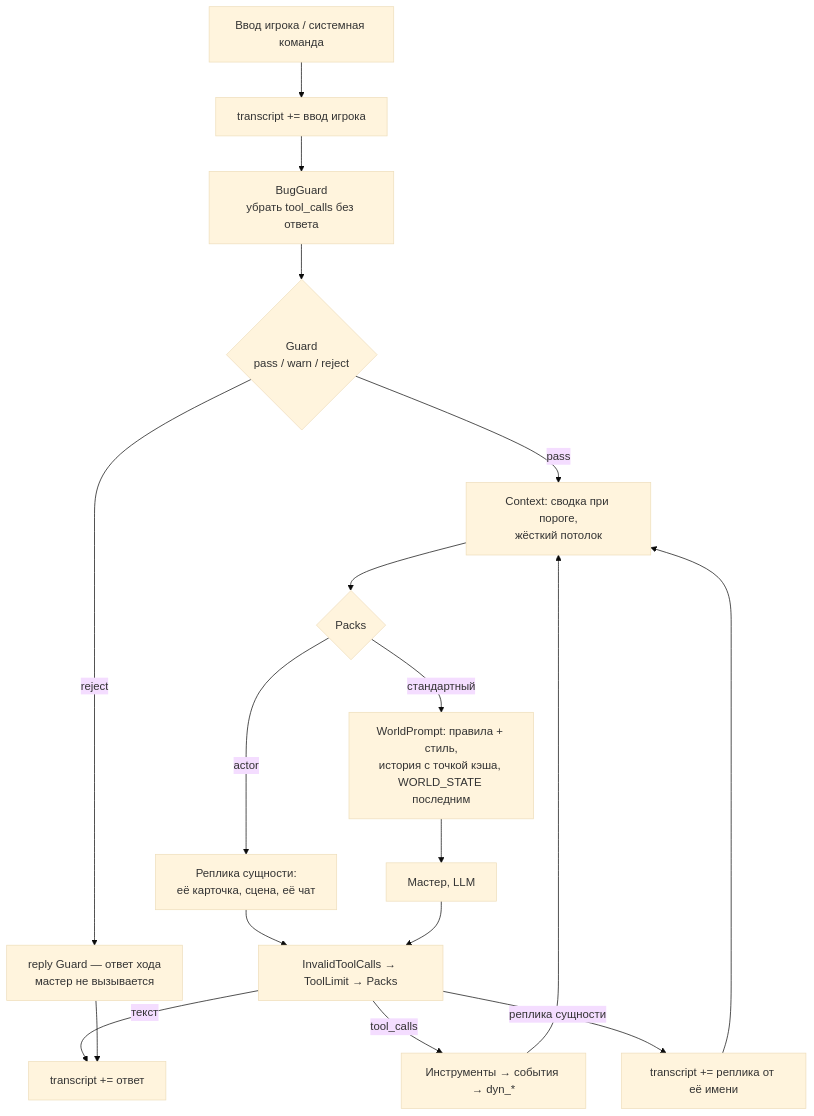
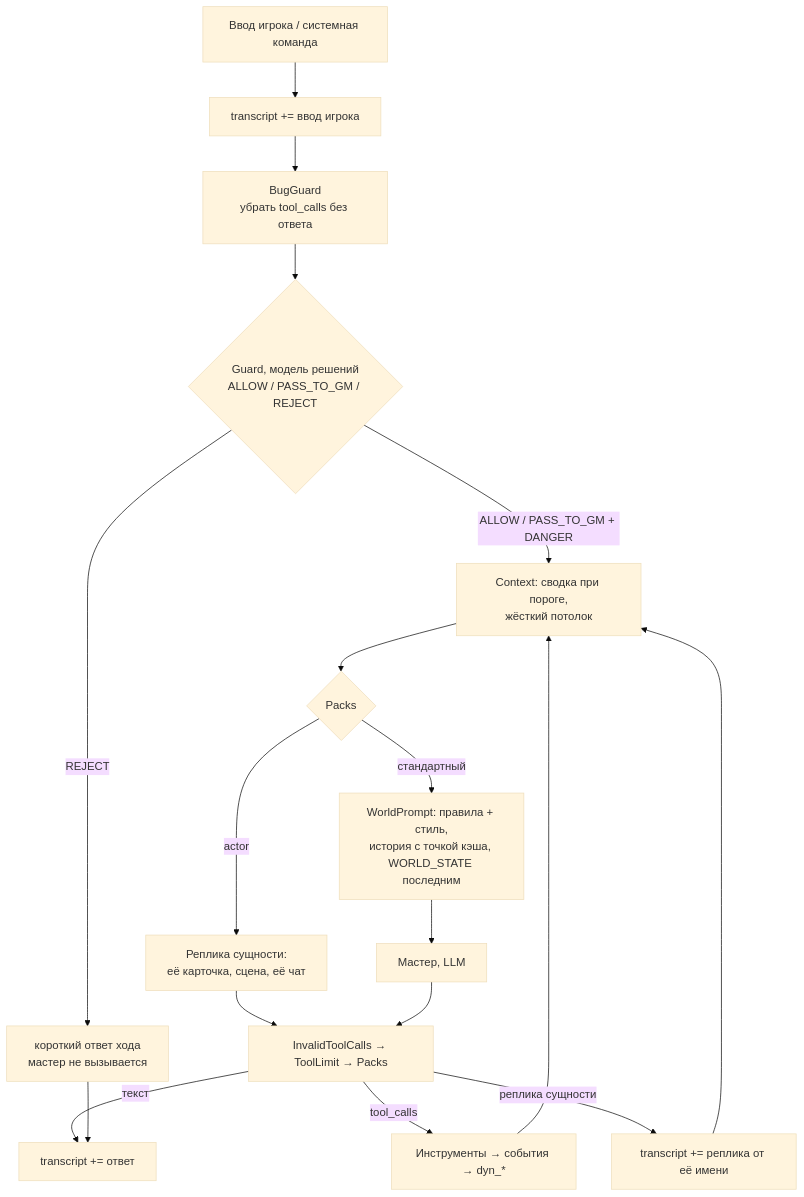
The first of 2 diagrams in docs/architecture/agent.md (Bataevk/QuipQuill), drawn with Mermaid (base theme) before and after one commit. The commit also changed other lines of this file and 50 other files, not shown here.

````diff
--- a/docs/architecture/agent.md
+++ b/docs/architecture/agent.md
@@ -7,20 +7,20 @@
 ```mermaid
 graph TD
   IN[Ввод игрока / системная команда] --> TRI[transcript += ввод игрока]
   TRI --> BG[BugGuard<br/>убрать tool_calls без ответа]
-  BG --> GU{Guard<br/>pass / warn / reject}
-  GU -->|reject| RJ[reply Guard — ответ хода<br/>мастер не вызывается]
-  GU -->|pass| CM[Context: сводка при пороге,<br/>жёсткий потолок]
+  BG --> GU{Guard, модель решений<br/>ALLOW / PASS_TO_GM / REJECT}
+  GU -->|REJECT| RJ[короткий ответ хода<br/>мастер не вызывается]
+  GU -->|ALLOW / PASS_TO_GM + DANGER| CM[Context: сводка при пороге,<br/>жёсткий потолок]
   CM --> PK{Packs}
   PK -->|actor| ACT[Реплика сущности:<br/>её карточка, сцена, её чат]
   ACT --> AM
   PK -->|стандартный| DP[WorldPrompt: правила + стиль,<br/>история с точкой кэша, WORLD_STATE последним]
   DP --> GM[Мастер, LLM]
   GM --> AM[InvalidToolCalls → ToolLimit → Packs]
   AM -->|tool_calls| TL[Инструменты → события → dyn_*]
   TL --> CM
   AM -->|реплика сущности| LN[transcript += реплика от её имени]
   LN --> CM
   AM -->|текст| OUT[transcript += ответ]
   RJ --> OUT
 ```
````
